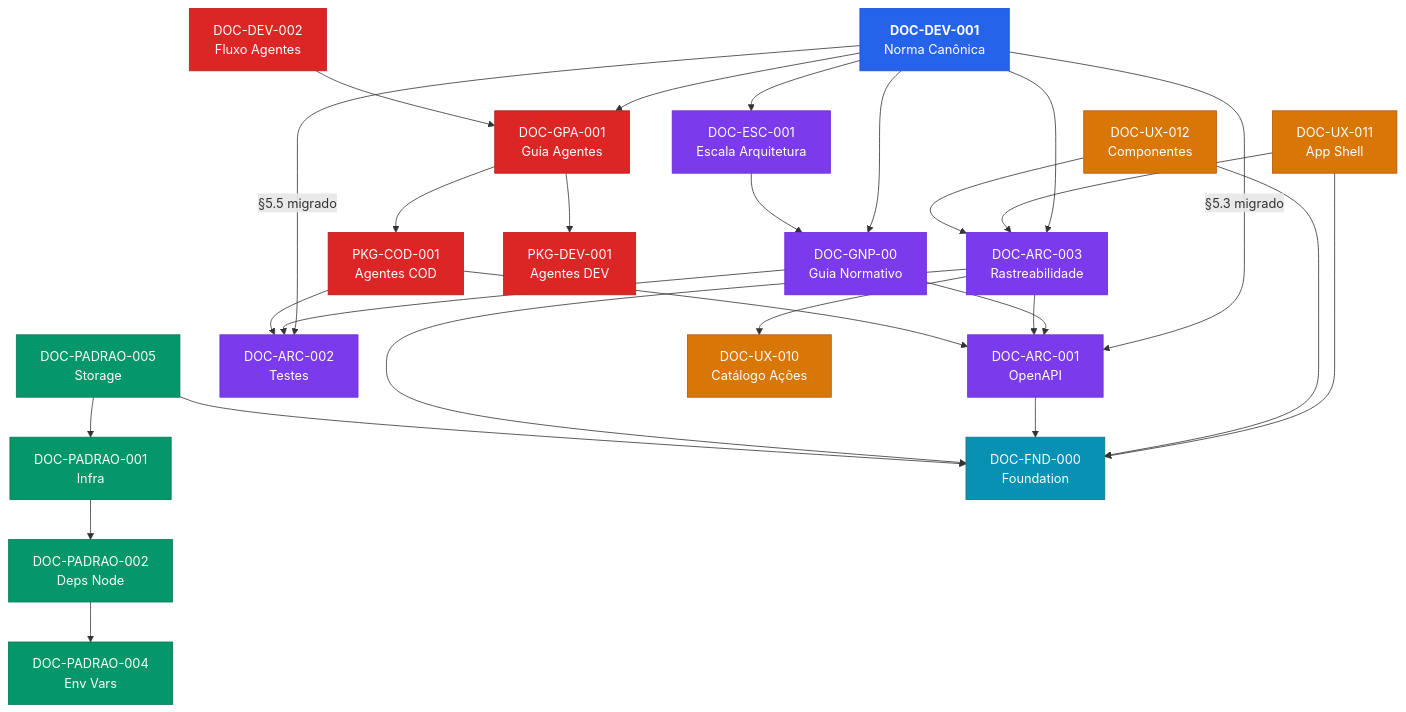
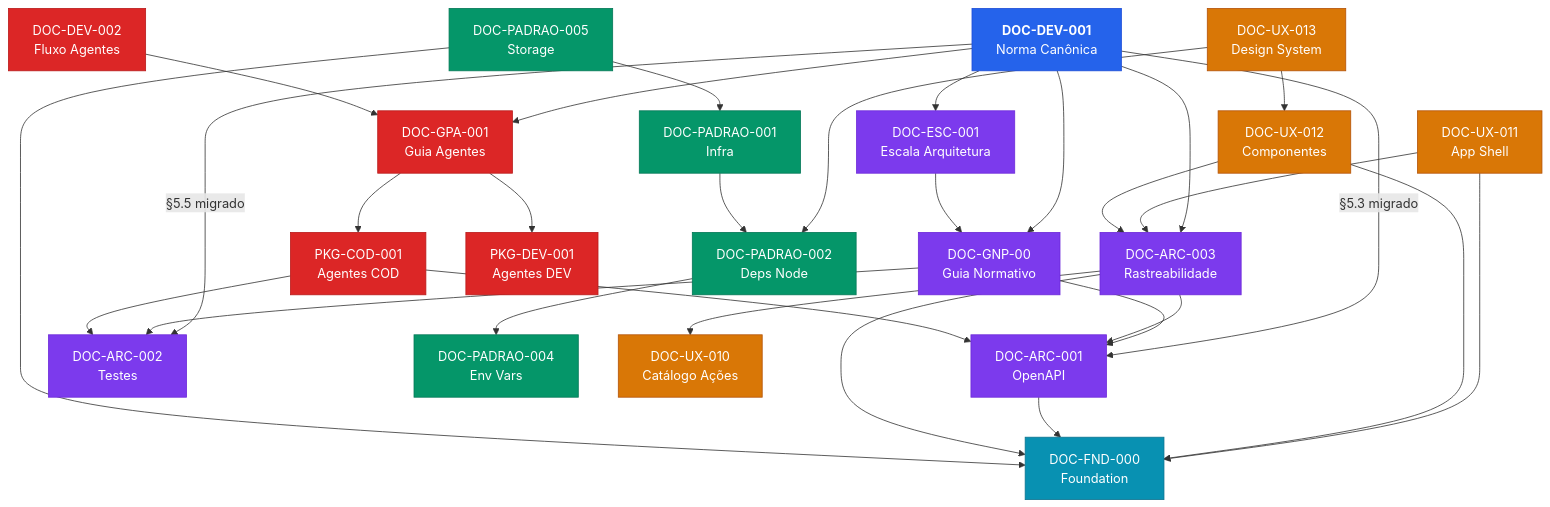
Before and after one commit to sulivanti/easycf: the diagram in docs/INDEX.md, drawn with Mermaid. The commit also changed other lines of this file and 8 other files, not shown here.

````diff
--- a/docs/INDEX.md
+++ b/docs/INDEX.md
@@ -178,75 +209,78 @@
 ```mermaid
 graph TD
     DEV001["<b>DOC-DEV-001</b><br/>Norma Canônica"]
 
     ESC001["DOC-ESC-001<br/>Escala Arquitetura"]
     GNP00["DOC-GNP-00<br/>Guia Normativo"]
     GPA001["DOC-GPA-001<br/>Guia Agentes"]
 
     ARC001["DOC-ARC-001<br/>OpenAPI"]
     ARC002["DOC-ARC-002<br/>Testes"]
     ARC003["DOC-ARC-003<br/>Rastreabilidade"]
 
     PAD001["DOC-PADRAO-001<br/>Infra"]
     PAD002["DOC-PADRAO-002<br/>Deps Node"]
     PAD004["DOC-PADRAO-004<br/>Env Vars"]
     PAD005["DOC-PADRAO-005<br/>Storage"]
 
     FND000["DOC-FND-000<br/>Foundation"]
 
     UX010["DOC-UX-010<br/>Catálogo Ações"]
     UX011["DOC-UX-011<br/>App Shell"]
     UX012["DOC-UX-012<br/>Componentes"]
+    UX013["DOC-UX-013<br/>Design System"]
 
     DEV002["DOC-DEV-002<br/>Fluxo Agentes"]
 
     PKG_DEV["PKG-DEV-001<br/>Agentes DEV"]
     PKG_COD["PKG-COD-001<br/>Agentes COD"]
 
     DEV001 --> ESC001
     DEV001 --> GNP00
     DEV001 --> GPA001
     DEV001 -->|"§5.3 migrado"| ARC001
     DEV001 -->|"§5.5 migrado"| ARC002
     DEV001 --> ARC003
 
     GNP00 --> ARC001
     GNP00 --> ARC002
     ESC001 --> GNP00
 
     ARC003 --> UX010
     ARC003 --> ARC001
     UX011 --> ARC003
     UX012 --> ARC003
+    UX013 --> UX012
+    UX013 --> PAD002
 
     GPA001 --> PKG_DEV
     GPA001 --> PKG_COD
     DEV002 --> GPA001
 
     PAD001 --> PAD002
     PAD002 --> PAD004
     PAD005 --> PAD001
 
     PKG_COD --> ARC001
     PKG_COD --> ARC002
 
     UX011 --> FND000
     UX012 --> FND000
     ARC001 --> FND000
     ARC003 --> FND000
     PAD005 --> FND000
 
     classDef canonical fill:#2563eb,color:#fff,stroke:#1d4ed8
     classDef foundation fill:#0891b2,color:#fff,stroke:#0e7490
     classDef arch fill:#7c3aed,color:#fff,stroke:#6d28d9
     classDef infra fill:#059669,color:#fff,stroke:#047857
     classDef ux fill:#d97706,color:#fff,stroke:#b45309
     classDef agents fill:#dc2626,color:#fff,stroke:#b91c1c
 
     class DEV001 canonical
     class ESC001,GNP00,ARC001,ARC002,ARC003 arch
     class PAD001,PAD002,PAD004,PAD005 infra
-    class UX010,UX011,UX012 ux
+    class UX010,UX011,UX012,UX013 ux
     class FND000 foundation
     class GPA001,DEV002,PKG_DEV,PKG_COD agents
 ```
````
